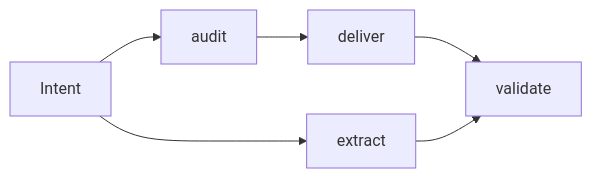
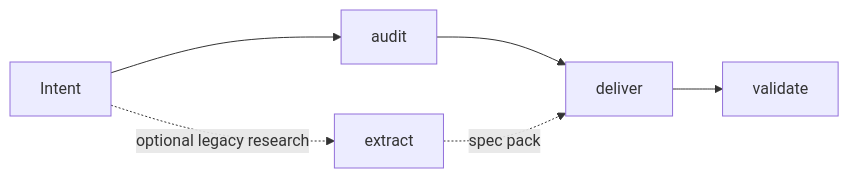
One commit to Calibrax-ai/autoship changed the first of 2 diagrams in docs/architecture/system-overview.md. Above: the diagram before and after it, drawn with Mermaid. The commit also changed other lines of this file and 45 other files, not shown here.

````diff
--- a/docs/architecture/system-overview.md
+++ b/docs/architecture/system-overview.md
@@ -24,8 +24,8 @@
 ```mermaid
 flowchart LR
     I[Intent] --> A[audit]
-    I --> X[extract]
     A --> D[deliver]
     D --> V[validate]
-    X --> V
+    I -. optional legacy research .-> X[extract]
+    X -. spec pack .-> D
 ```
````
